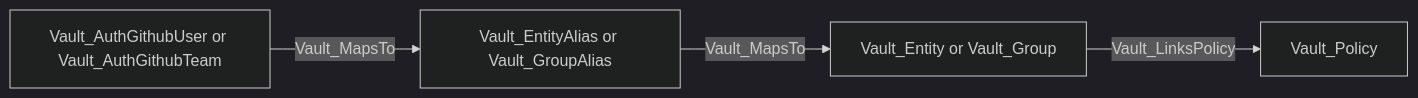
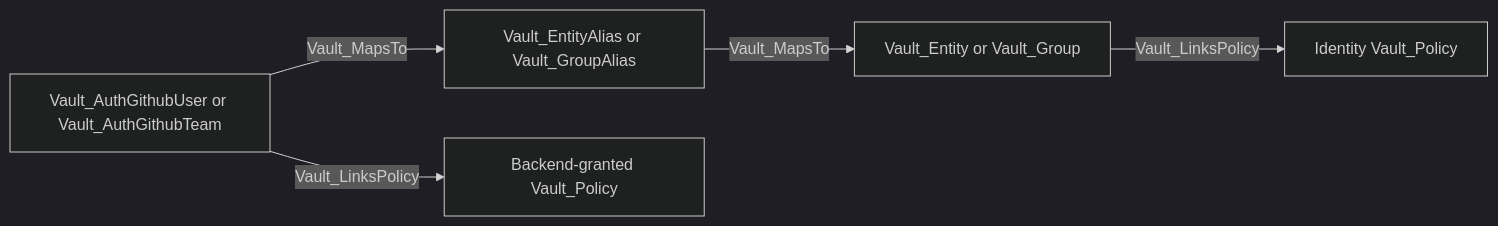
Diagram 14 of 39 in Documentation/stores/AUTH.md (bytewreck/opengraph-vault), drawn with Mermaid (dark theme) before and after one commit. The commit also changed other lines of this file and 3 other files, not shown here.

````diff
--- a/Documentation/stores/AUTH.md
+++ b/Documentation/stores/AUTH.md
@@ -257,6 +234,7 @@
 ```mermaid
 flowchart LR
     principal["Vault_AuthGithubUser or Vault_AuthGithubTeam"] -->|Vault_MapsTo| alias["Vault_EntityAlias or Vault_GroupAlias"]
+    principal -->|Vault_LinksPolicy| direct[Backend-granted Vault_Policy]
     alias -->|Vault_MapsTo| identity["Vault_Entity or Vault_Group"]
-    identity -->|Vault_LinksPolicy| policy[Vault_Policy]
+    identity -->|Vault_LinksPolicy| inherited[Identity Vault_Policy]
 ```
````
